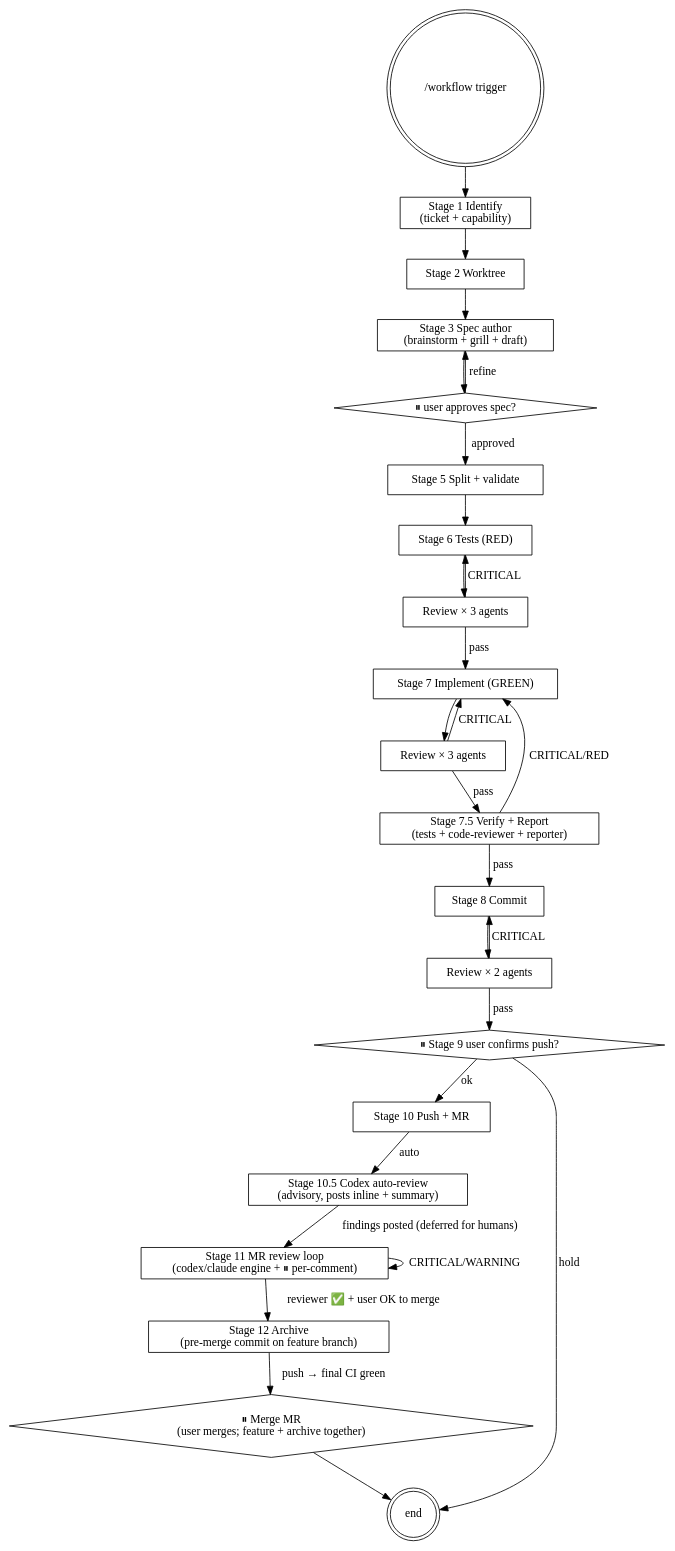
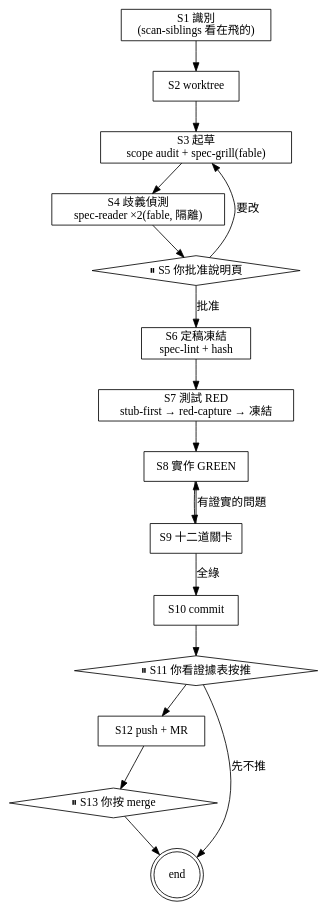
One commit to Chiao75543/claude-workflow changed the diagram in skills/workflow-orchestrator/SKILL.md. Above: the diagram before and after it, drawn with Graphviz. The commit also changed other lines of this file and 18 other files, not shown here.

````diff
--- a/skills/workflow-orchestrator/SKILL.md
+++ b/skills/workflow-orchestrator/SKILL.md
@@ -40,47 +61,27 @@
 ```dot
 digraph workflow {
-  start [shape=doublecircle, label="/workflow trigger"];
-  ident [shape=box, label="Stage 1 Identify\n(ticket + capability)"];
-  wt [shape=box, label="Stage 2 Worktree"];
-  spec [shape=box, label="Stage 3 Spec author\n(brainstorm + grill + draft)"];
-  user1 [shape=diamond, label="⏸ user approves spec?"];
-  split [shape=box, label="Stage 5 Split + validate"];
-  tests [shape=box, label="Stage 6 Tests (RED)"];
-  rev_t [shape=box, label="Review × 3 agents"];
-  impl [shape=box, label="Stage 7 Implement (GREEN)"];
-  rev_i [shape=box, label="Review × 3 agents"];
-  verify_report [shape=box, label="Stage 7.5 Verify + Report\n(tests + code-reviewer + reporter)"];
-  commit [shape=box, label="Stage 8 Commit"];
-  rev_c [shape=box, label="Review × 2 agents"];
-  user2 [shape=diamond, label="⏸ Stage 9 user confirms push?"];
-  push [shape=box, label="Stage 10 Push + MR"];
+  s1 [shape=box, label="S1 識別\n(scan-siblings 看在飛的)"];
+  s2 [shape=box, label="S2 worktree"];
+  s3 [shape=box, label="S3 起草\nscope audit + spec-grill(fable)"];
+  s4 [shape=box, label="S4 歧義偵測\nspec-reader ×2(fable, 隔離)"];
+  s5 [shape=diamond, label="⏸ S5 你批准說明頁"];
+  s6 [shape=box, label="S6 定稿凍結\nspec-lint + hash"];
+  s7 [shape=box, label="S7 測試 RED\nstub-first → red-capture → 凍結"];
+  s8 [shape=box, label="S8 實作 GREEN"];
+  s9 [shape=box, label="S9 十二道關卡"];
+  s10 [shape=box, label="S10 commit"];
+  s11 [shape=diamond, label="⏸ S11 你看證據表按推"];
+  s12 [shape=box, label="S12 push + MR"];
+  s13 [shape=diamond, label="⏸ S13 你按 merge"];
   done [shape=doublecircle, label="end"];
 
-  start -> ident -> wt -> spec -> user1;
-  user1 -> spec [label="refine"];
-  user1 -> split [label="approved"];
-  split -> tests -> rev_t;
-  rev_t -> tests [label="CRITICAL"];
-  rev_t -> impl [label="pass"];
-  impl -> rev_i;
-  rev_i -> impl [label="CRITICAL"];
-  rev_i -> verify_report [label="pass"];
-  verify_report -> impl [label="CRITICAL/RED"];
-  verify_report -> commit [label="pass"];
-  commit -> rev_c;
-  rev_c -> commit [label="CRITICAL"];
-  rev_c -> user2 [label="pass"];
-  codex_rev [shape=box, label="Stage 10.5 Codex auto-review\n(advisory, posts inline + summary)"];
-  mr_loop [shape=box, label="Stage 11 MR review loop\n(codex/claude engine + ⏸ per-comment)"];
-  archive [shape=box, label="Stage 12 Archive\n(pre-merge commit on feature branch)"];
-  merge_mr [shape=diamond, label="⏸ Merge MR\n(user merges; feature + archive together)"];
-  user2 -> push [label="ok"];
-  user2 -> done [label="hold"];
-  push -> codex_rev [label="auto"];
-  codex_rev -> mr_loop [label="findings posted (deferred for humans)"];
-  mr_loop -> mr_loop [label="CRITICAL/WARNING"];
-  mr_loop -> archive [label="reviewer ✅ + user OK to merge"];
-  archive -> merge_mr [label="push → final CI green"];
-  merge_mr -> done;
+  s1 -> s2 -> s3 -> s4 -> s5;
+  s5 -> s3 [label="要改"];
+  s5 -> s6 [label="批准"];
+  s6 -> s7 -> s8 -> s9;
+  s9 -> s8 [label="有證實的問題"];
+  s9 -> s10 [label="全綠"];
+  s10 -> s11 -> s12 -> s13 -> done;
+  s11 -> done [label="先不推"];
 }
 ```
````
